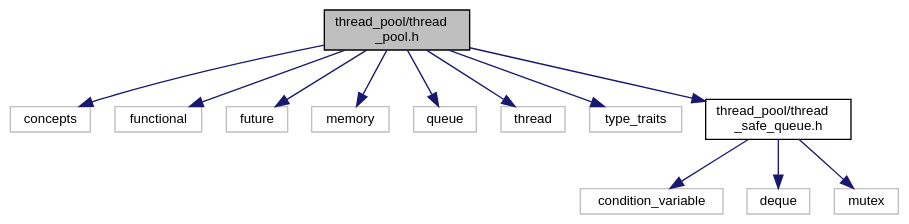
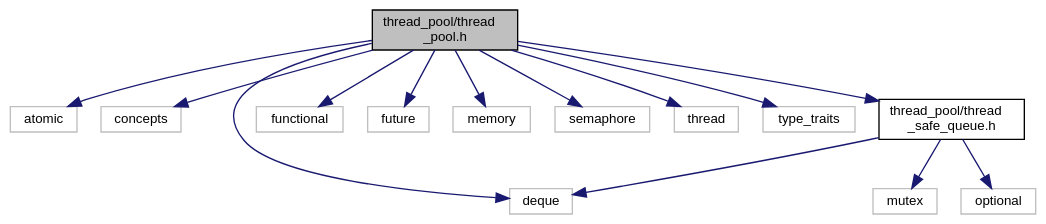
Before and after one commit to DeveloperPaul123/thread-pool: the diagram in d1/db4/thread__pool_8h__incl.dot, drawn with Graphviz. The commit also changed 49 other files, not shown here.

```diff
--- a/d1/db4/thread__pool_8h__incl.dot
+++ b/d1/db4/thread__pool_8h__incl.dot
@@ -1,30 +1,33 @@
 digraph "thread_pool/thread_pool.h"
 {
  // LATEX_PDF_SIZE
   bgcolor="transparent";
   edge [fontname="Helvetica",fontsize="10",labelfontname="Helvetica",labelfontsize="10"];
   node [fontname="Helvetica",fontsize="10",shape=record];
   Node1 [label="thread_pool/thread\l_pool.h",height=0.2,width=0.4,color="black", fillcolor="grey75", style="filled", fontcolor="black",tooltip=" "];
   Node1 -> Node2 [color="midnightblue",fontsize="10",style="solid",fontname="Helvetica"];
-  Node2 [label="concepts",height=0.2,width=0.4,color="grey75",tooltip=" "];
+  Node2 [label="atomic",height=0.2,width=0.4,color="grey75",tooltip=" "];
   Node1 -> Node3 [color="midnightblue",fontsize="10",style="solid",fontname="Helvetica"];
-  Node3 [label="functional",height=0.2,width=0.4,color="grey75",tooltip=" "];
+  Node3 [label="concepts",height=0.2,width=0.4,color="grey75",tooltip=" "];
   Node1 -> Node4 [color="midnightblue",fontsize="10",style="solid",fontname="Helvetica"];
-  Node4 [label="future",height=0.2,width=0.4,color="grey75",tooltip=" "];
+  Node4 [label="deque",height=0.2,width=0.4,color="grey75",tooltip=" "];
   Node1 -> Node5 [color="midnightblue",fontsize="10",style="solid",fontname="Helvetica"];
-  Node5 [label="memory",height=0.2,width=0.4,color="grey75",tooltip=" "];
+  Node5 [label="functional",height=0.2,width=0.4,color="grey75",tooltip=" "];
   Node1 -> Node6 [color="midnightblue",fontsize="10",style="solid",fontname="Helvetica"];
-  Node6 [label="queue",height=0.2,width=0.4,color="grey75",tooltip=" "];
+  Node6 [label="future",height=0.2,width=0.4,color="grey75",tooltip=" "];
   Node1 -> Node7 [color="midnightblue",fontsize="10",style="solid",fontname="Helvetica"];
-  Node7 [label="thread",height=0.2,width=0.4,color="grey75",tooltip=" "];
+  Node7 [label="memory",height=0.2,width=0.4,color="grey75",tooltip=" "];
   Node1 -> Node8 [color="midnightblue",fontsize="10",style="solid",fontname="Helvetica"];
-  Node8 [label="type_traits",height=0.2,width=0.4,color="grey75",tooltip=" "];
+  Node8 [label="semaphore",height=0.2,width=0.4,color="grey75",tooltip=" "];
   Node1 -> Node9 [color="midnightblue",fontsize="10",style="solid",fontname="Helvetica"];
-  Node9 [label="thread_pool/thread\l_safe_queue.h",height=0.2,width=0.4,color="black",URL="$dd/df9/thread__safe__queue_8h.html",tooltip=" "];
-  Node9 -> Node10 [color="midnightblue",fontsize="10",style="solid",fontname="Helvetica"];
-  Node10 [label="condition_variable",height=0.2,width=0.4,color="grey75",tooltip=" "];
-  Node9 -> Node11 [color="midnightblue",fontsize="10",style="solid",fontname="Helvetica"];
-  Node11 [label="deque",height=0.2,width=0.4,color="grey75",tooltip=" "];
-  Node9 -> Node12 [color="midnightblue",fontsize="10",style="solid",fontname="Helvetica"];
+  Node9 [label="thread",height=0.2,width=0.4,color="grey75",tooltip=" "];
+  Node1 -> Node10 [color="midnightblue",fontsize="10",style="solid",fontname="Helvetica"];
+  Node10 [label="type_traits",height=0.2,width=0.4,color="grey75",tooltip=" "];
+  Node1 -> Node11 [color="midnightblue",fontsize="10",style="solid",fontname="Helvetica"];
+  Node11 [label="thread_pool/thread\l_safe_queue.h",height=0.2,width=0.4,color="black",URL="$dd/df9/thread__safe__queue_8h.html",tooltip=" "];
+  Node11 -> Node4 [color="midnightblue",fontsize="10",style="solid",fontname="Helvetica"];
+  Node11 -> Node12 [color="midnightblue",fontsize="10",style="solid",fontname="Helvetica"];
   Node12 [label="mutex",height=0.2,width=0.4,color="grey75",tooltip=" "];
+  Node11 -> Node13 [color="midnightblue",fontsize="10",style="solid",fontname="Helvetica"];
+  Node13 [label="optional",height=0.2,width=0.4,color="grey75",tooltip=" "];
 }
```
